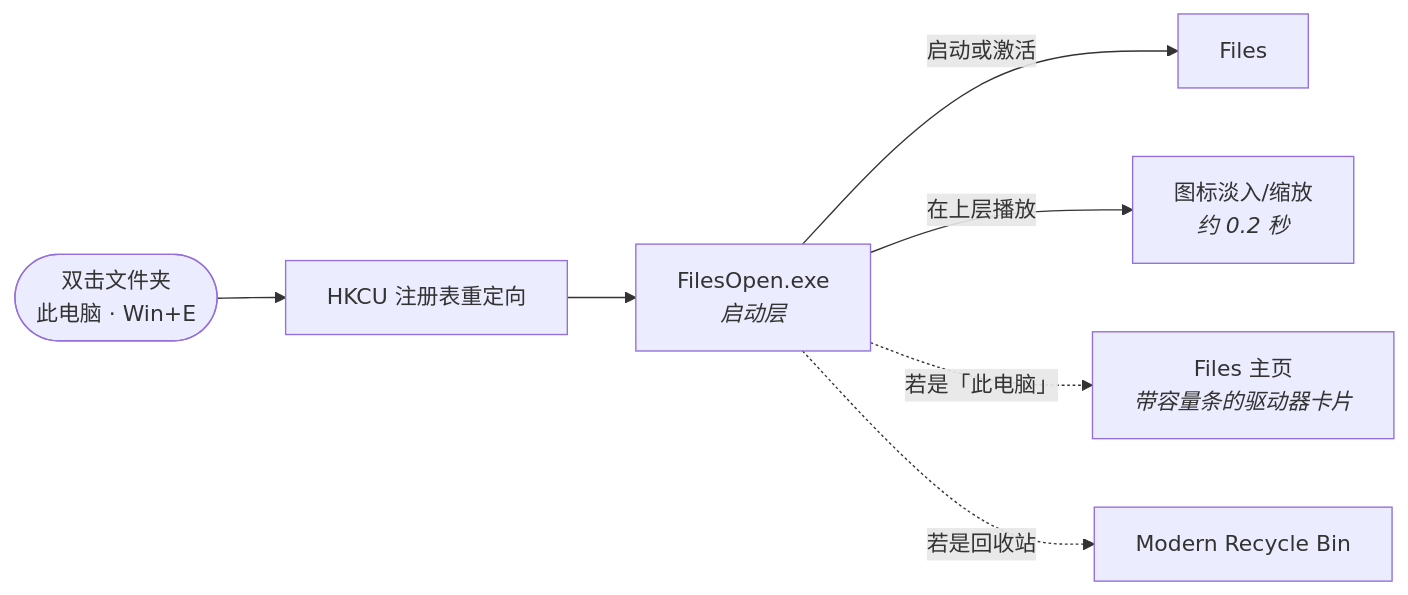
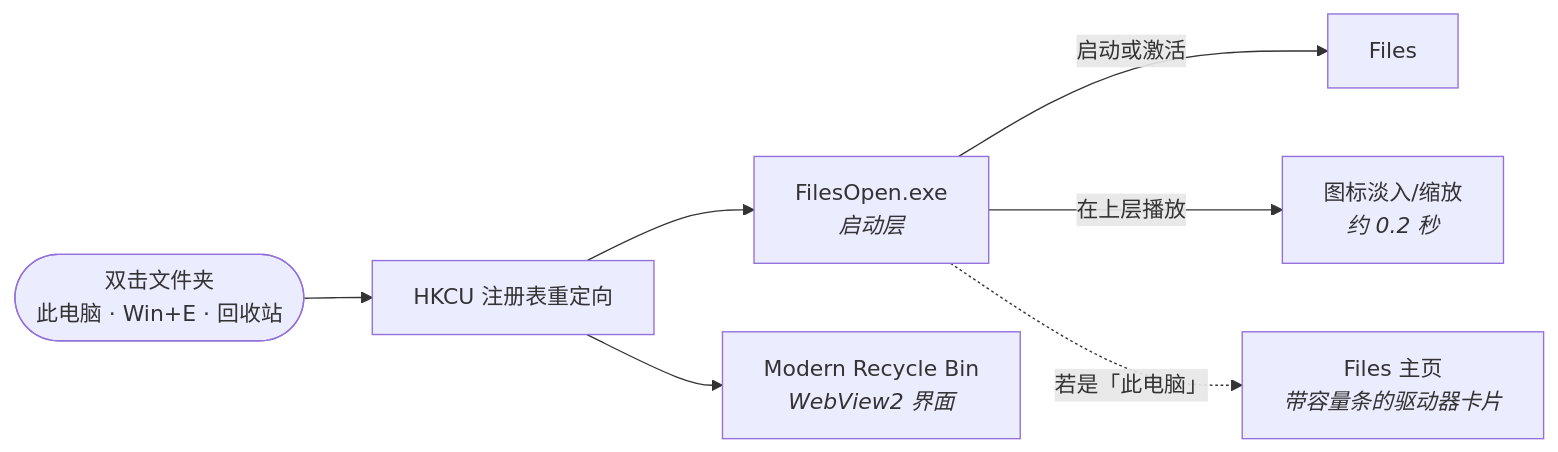
The diagram in README.zh-CN.md (Dannyzzy/Files-Companion), drawn with Mermaid before and after one commit. The commit also changed other lines of this file and 13 other files, not shown here.

First line of the commit message:
Bundle Modern Recycle Bin into the installer and ship as an all-in-one set

````diff
--- a/README.zh-CN.md
+++ b/README.zh-CN.md
@@ -45,9 +66,9 @@
 ```mermaid
 flowchart LR
-    USER(["双击文件夹<br/>此电脑 · Win+E"]) --> KEYS["HKCU 注册表重定向"]
+    USER(["双击文件夹<br/>此电脑 · Win+E · 回收站"]) --> KEYS["HKCU 注册表重定向"]
     KEYS --> SHIM["FilesOpen.exe<br/><i>启动层</i>"]
+    KEYS --> RB["Modern Recycle Bin<br/><i>WebView2 界面</i>"]
     SHIM -->|"启动或激活"| FILES["Files"]
     SHIM -->|"在上层播放"| ANIM["图标淡入/缩放<br/><i>约 0.2 秒</i>"]
     SHIM -.->|"若是「此电脑」"| HOME["Files 主页<br/><i>带容量条的驱动器卡片</i>"]
-    SHIM -.->|"若是回收站"| RB["Modern Recycle Bin"]
 ```
````
